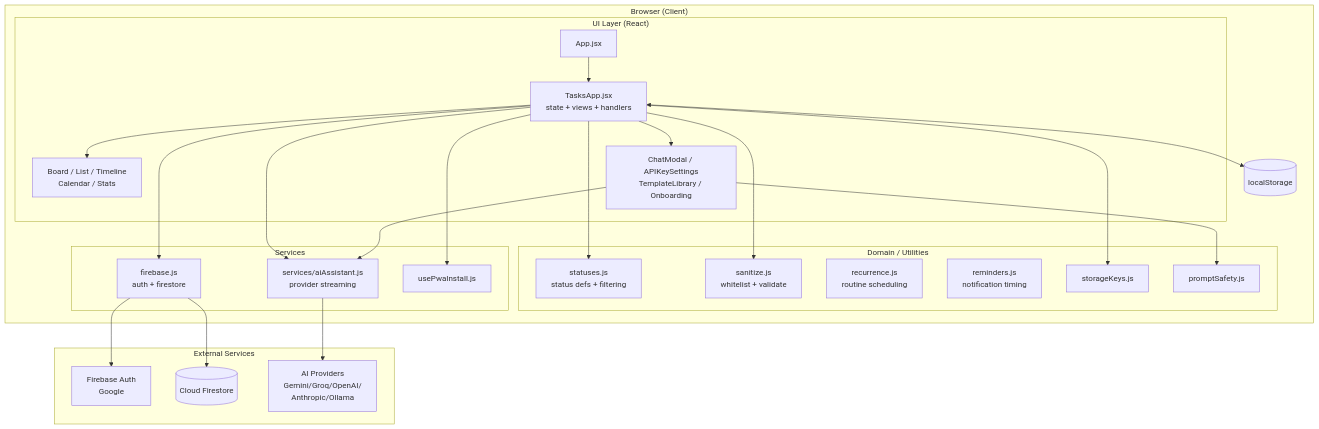
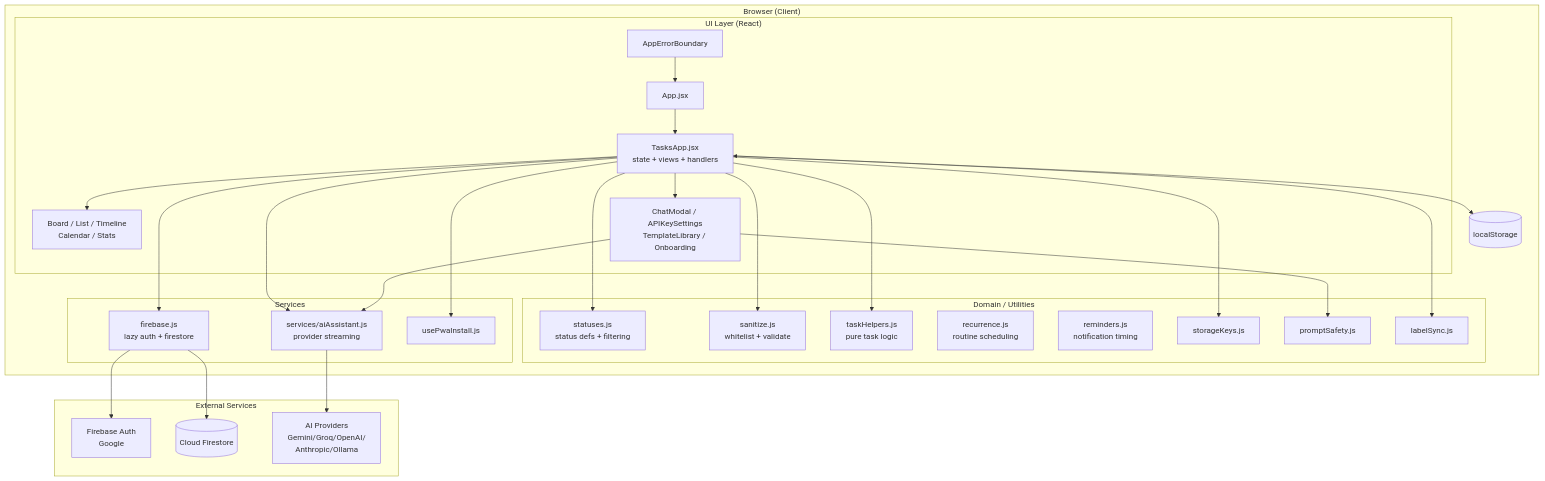
Before and after one commit to joka-7/KanDOne: the first of 6 diagrams in docs/hld/hld.md, drawn with Mermaid. The commit also changed other lines of this file and 2 other files, not shown here.

````diff
--- a/docs/hld/hld.md
+++ b/docs/hld/hld.md
@@ -121,47 +124,53 @@
 ```mermaid
 graph TD
     subgraph Browser["Browser (Client)"]
         subgraph UI["UI Layer (React)"]
+            EB[AppErrorBoundary]
             APP[App.jsx]
             TA[TasksApp.jsx<br/>state + views + handlers]
             VIEWS[Board / List / Timeline<br/>Calendar / Stats]
             MODALS[ChatModal / APIKeySettings<br/>TemplateLibrary / Onboarding]
         end
         subgraph LOGIC["Domain / Utilities"]
             ST[statuses.js<br/>status defs + filtering]
             SAN[sanitize.js<br/>whitelist + validate]
+            TH[taskHelpers.js<br/>pure task logic]
             REC[recurrence.js<br/>routine scheduling]
             REM[reminders.js<br/>notification timing]
             SK[storageKeys.js]
             PS[promptSafety.js]
+            LSNC[labelSync.js]
         end
         subgraph SVC["Services"]
             AI[services/aiAssistant.js<br/>provider streaming]
-            FB[firebase.js<br/>auth + firestore]
+            FB[firebase.js<br/>lazy auth + firestore]
             PWA[usePwaInstall.js]
         end
         LS[(localStorage)]
     end
 
     subgraph Cloud["External Services"]
         FAUTH[Firebase Auth<br/>Google]
         FS[(Cloud Firestore)]
         LLM[AI Providers<br/>Gemini/Groq/OpenAI/<br/>Anthropic/Ollama]
     end
 
+    EB --> APP
     APP --> TA
     TA --> VIEWS
     TA --> MODALS
     TA --> ST
     TA --> SAN
+    TA --> TH
     TA --> SK
+    TA --> LSNC
     TA --> AI
     TA --> FB
     TA --> PWA
     TA <--> LS
     MODALS --> AI
     MODALS --> PS
     AI --> LLM
     FB --> FAUTH
     FB --> FS
 ```
````
